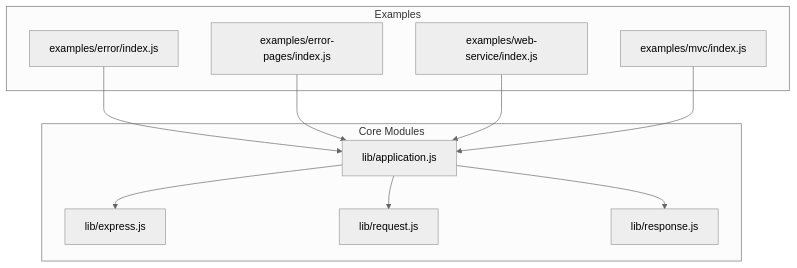
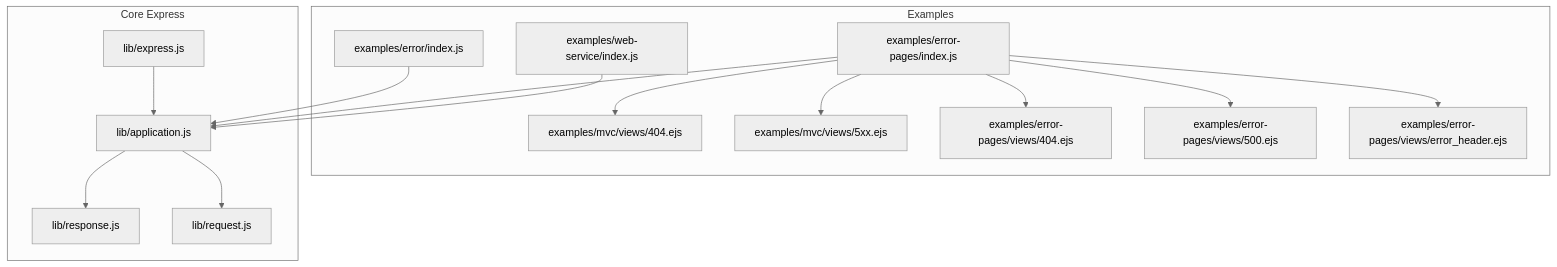
Before and after one commit to mandalpiyush/express: the first of 3 diagrams in .qoder/repowiki/en/content/Error Handling/Error Handling.md, drawn with Mermaid (neutral theme). The commit also changed other lines of this file and 137 other files, not shown here.

````diff
--- a/.qoder/repowiki/en/content/Error Handling/Error Handling.md
+++ b/.qoder/repowiki/en/content/Error Handling/Error Handling.md
@@ -40,22 +47,30 @@
 ```mermaid
 graph TB
 subgraph "Examples"
 E1["examples/error/index.js"]
 E2["examples/error-pages/index.js"]
 E3["examples/web-service/index.js"]
-E4["examples/mvc/index.js"]
+V404["examples/mvc/views/404.ejs"]
+V5xx["examples/mvc/views/5xx.ejs"]
+EP404["examples/error-pages/views/404.ejs"]
+EP500["examples/error-pages/views/500.ejs"]
+EPHeader["examples/error-pages/views/error_header.ejs"]
 end
-subgraph "Core Modules"
-M1["lib/application.js"]
-M2["lib/express.js"]
-M3["lib/request.js"]
-M4["lib/response.js"]
+subgraph "Core Express"
+APP["lib/application.js"]
+EXP["lib/express.js"]
+RESP["lib/response.js"]
+REQ["lib/request.js"]
 end
-E1 --> M1
-E2 --> M1
-E3 --> M1
-E4 --> M1
-M1 --> M2
-M1 --> M3
-M1 --> M4
+E1 --> APP
+E2 --> APP
+E3 --> APP
+E2 --> V404
+E2 --> V5xx
+E2 --> EP404
+E2 --> EP500
+E2 --> EPHeader
+APP --> RESP
+APP --> REQ
+EXP --> APP
 ```
````
